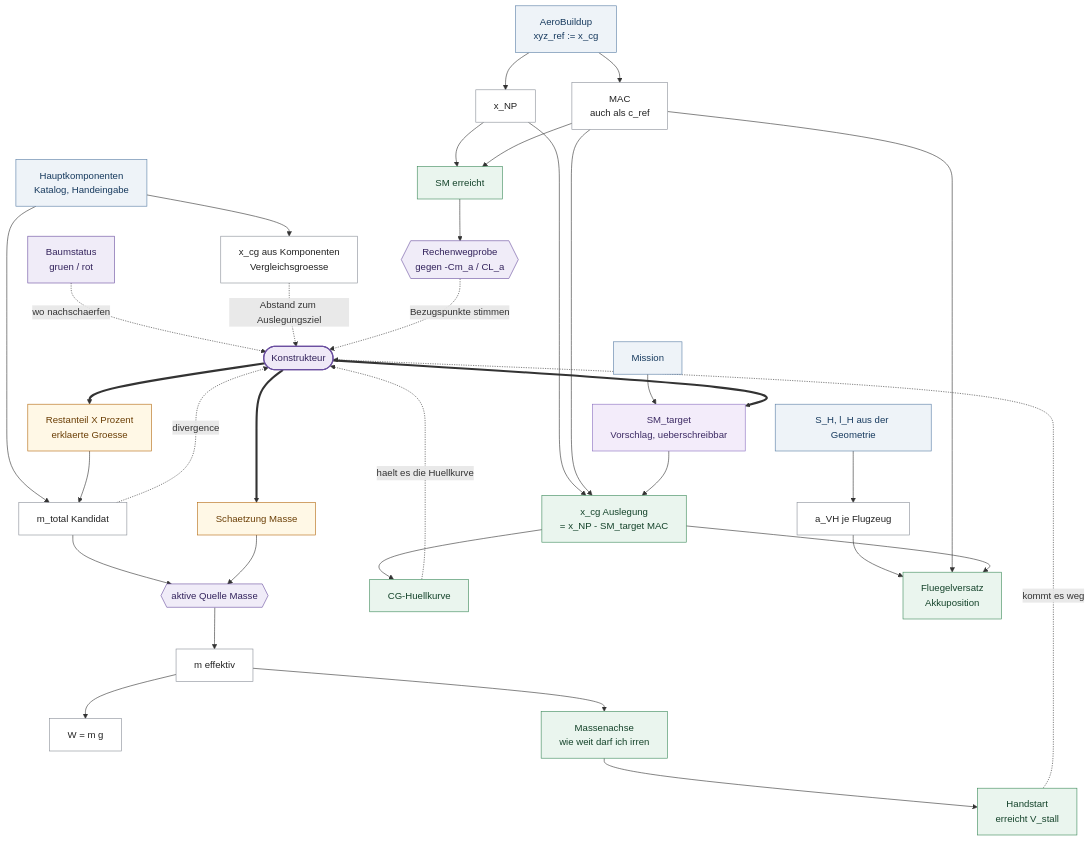
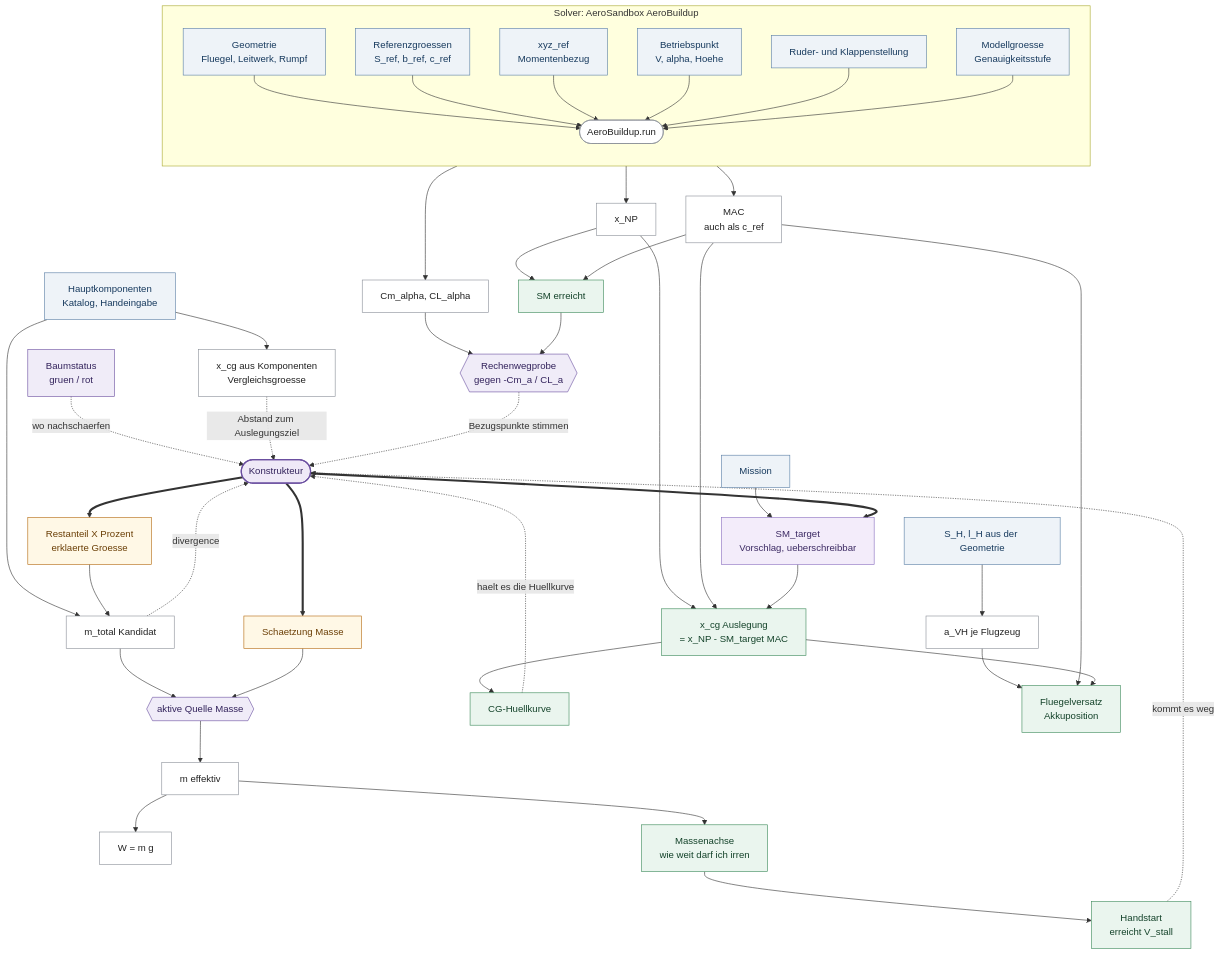
One commit to szymansk/da3Dalus changed the second of 2 diagrams in _reversa_sdd/calculations/canon/PFAD3.md. Above: the diagram before and after it, drawn with Mermaid. The commit also changed other lines of this file and 1 other file, not shown here.

Commit message:
docs(spec): the solver and its full input set belong in the target graph
The maintainer trusts the neutral point as a computed value — and
therefore requires the solver and everything handed to it to be visible:
nothing can be approved whose preconditions are unclear.

So the AeroBuildup call is drawn as its own block with all six inputs:
geometry, reference quantities, moment reference, operating point,
control deflections, fidelity. What the solver returns is only as good as
what it receives, and that interface is the only place this application
can get this calculation wrong.

Recorded alongside, because it is not obvious: x_NP is independent of the
moment reference — the neutral point is a property of the aircraft —
while Cm_alpha is not. That is why the derivative route to the static
margin depends on xyz_ref and the geometric route does not, and it is
exactly what the route check tests.

Claude-Session: https://claude.ai/code/session_01Mi6hrNvR7cmwACXYAoStnv

```diff
--- a/_reversa_sdd/calculations/canon/PFAD3.md
+++ b/_reversa_sdd/calculations/canon/PFAD3.md
@@ -445,8 +445,24 @@
   MEFF["m effektiv"]:::drv
   W["W = m g"]:::drv
 
-  SOLV["AeroBuildup<br/>xyz_ref := x_cg"]:::inp
+  subgraph SOLVER["Solver: AeroSandbox AeroBuildup"]
+    direction TB
+    GEO["Geometrie<br/>Fluegel, Leitwerk, Rumpf"]:::inp
+    REFQ["Referenzgroessen<br/>S_ref, b_ref, c_ref"]:::inp
+    XYZ["xyz_ref<br/>Momentenbezug"]:::inp
+    OP["Betriebspunkt<br/>V, alpha, Hoehe"]:::inp
+    CTRL["Ruder- und Klappenstellung"]:::inp
+    FID["Modellgroesse<br/>Genauigkeitsstufe"]:::inp
+    RUN(["AeroBuildup.run"]):::drv
+    GEO --> RUN
+    REFQ --> RUN
+    XYZ --> RUN
+    OP --> RUN
+    CTRL --> RUN
+    FID --> RUN
+  end
   XNP["x_NP"]:::drv
+  CMA["Cm_alpha, CL_alpha"]:::drv
   MAC["MAC<br/>auch als c_ref"]:::drv
   SM["SM erreicht"]:::out
   RT{{"Rechenwegprobe<br/>gegen -Cm_a / CL_a"}}:::chk
@@ -475,8 +491,10 @@
 
   KOMP --> CGK
 
-  SOLV --> XNP --> SM
-  SOLV --> MAC --> SM
+  RUN --> XNP --> SM
+  RUN --> CMA
+  RUN --> MAC --> SM
+  CMA --> RT
   SM --> RT
   XNP --> CGD
   MAC --> CGD
```
